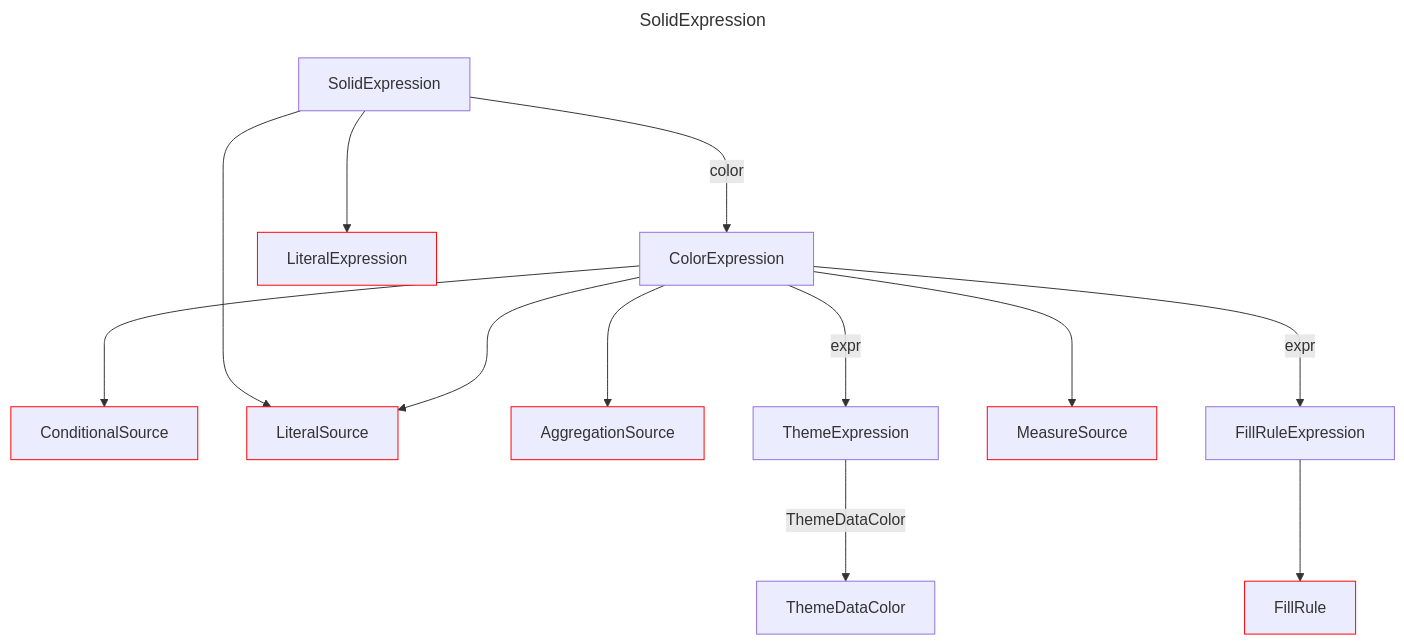
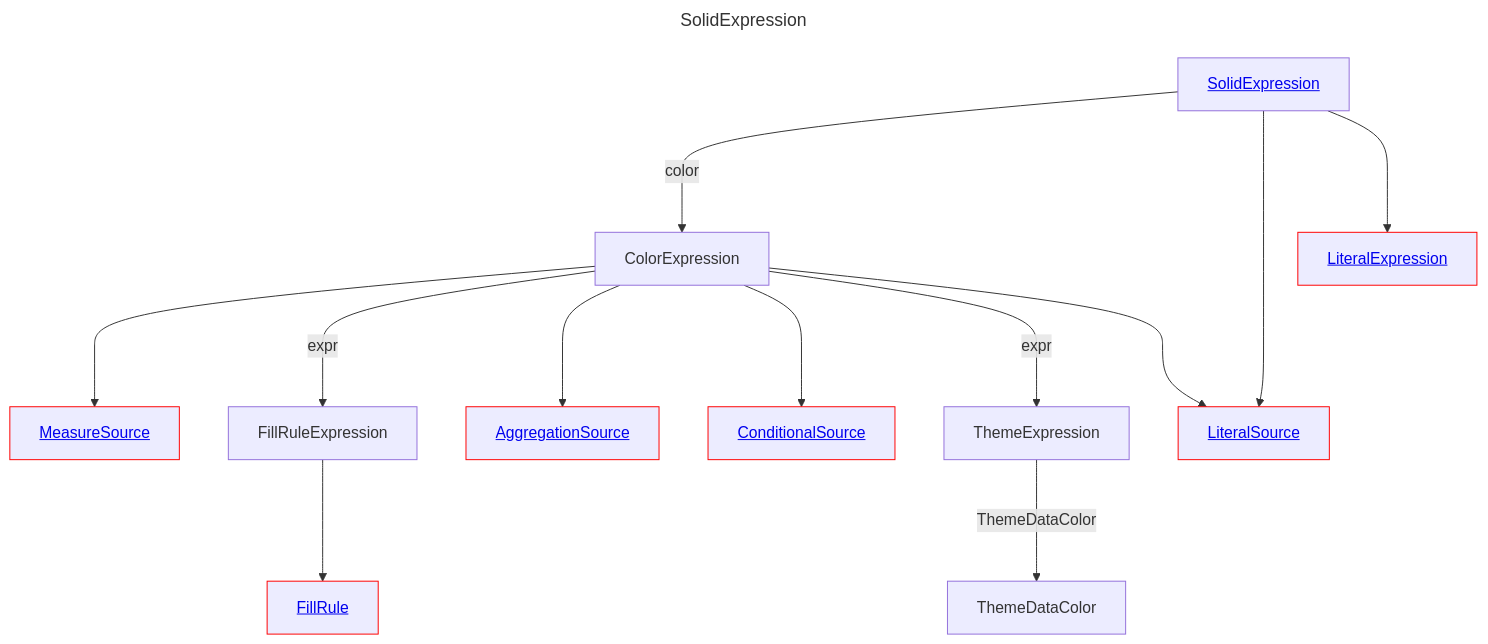
The diagram in docs/docs/layout/erd/SolidExpression.md (douglassimonsen/pbi_core), drawn with Mermaid before and after one commit. The commit also changed 76 other files, not shown here.

````diff
--- a/docs/docs/layout/erd/SolidExpression.md
+++ b/docs/docs/layout/erd/SolidExpression.md
@@ -1,34 +1,34 @@
 ```mermaid
 ---
 title: SolidExpression
 ---
 graph 
-2430071903648["ConditionalSource"]
-style 2430071903648 stroke:#ff0000,stroke-width:1px
-2430071898768["ColorExpression"]
-2430071896816["SolidExpression"]
-2430071895840["FillRule"]
-style 2430071895840 stroke:#ff0000,stroke-width:1px
-2430071816784["LiteralSource"]
-style 2430071816784 stroke:#ff0000,stroke-width:1px
-2430071358016["AggregationSource"]
-style 2430071358016 stroke:#ff0000,stroke-width:1px
-2430071892912["ThemeExpression"]
-2430071359968["MeasureSource"]
-style 2430071359968 stroke:#ff0000,stroke-width:1px
-2430071897792["ThemeDataColor"]
-2430071887056["LiteralExpression"]
-style 2430071887056 stroke:#ff0000,stroke-width:1px
-2430071890960["FillRuleExpression"]
-2430071898768 ---> 2430071903648
-2430071898768 ---> 2430071358016
-2430071898768 ---> 2430071359968
-2430071892912 --->|ThemeDataColor| 2430071897792
-2430071896816 ---> 2430071816784
-2430071898768 --->|expr| 2430071892912
-2430071896816 --->|color| 2430071898768
-2430071890960 ---> 2430071895840
-2430071898768 --->|expr| 2430071890960
-2430071898768 ---> 2430071816784
-2430071896816 ---> 2430071887056
+AggregationSource[<a href='/layout/erd/AggregationSource'>AggregationSource</a>]
+style AggregationSource stroke:#ff0000,stroke-width:1px
+ColorExpression[ColorExpression]
+ConditionalSource[<a href='/layout/erd/ConditionalSource'>ConditionalSource</a>]
+style ConditionalSource stroke:#ff0000,stroke-width:1px
+FillRule[<a href='/layout/erd/FillRule'>FillRule</a>]
+style FillRule stroke:#ff0000,stroke-width:1px
+FillRuleExpression[FillRuleExpression]
+LiteralExpression[<a href='/layout/erd/LiteralExpression'>LiteralExpression</a>]
+style LiteralExpression stroke:#ff0000,stroke-width:1px
+LiteralSource[<a href='/layout/erd/LiteralSource'>LiteralSource</a>]
+style LiteralSource stroke:#ff0000,stroke-width:1px
+MeasureSource[<a href='/layout/erd/MeasureSource'>MeasureSource</a>]
+style MeasureSource stroke:#ff0000,stroke-width:1px
+SolidExpression[<a href='/layout/erd/SolidExpression'>SolidExpression</a>]
+ThemeDataColor[ThemeDataColor]
+ThemeExpression[ThemeExpression]
+FillRuleExpression ---> FillRule
+ColorExpression ---> MeasureSource
+SolidExpression --->|color| ColorExpression
+ColorExpression --->|expr| FillRuleExpression
+ColorExpression ---> AggregationSource
+ColorExpression ---> ConditionalSource
+SolidExpression ---> LiteralSource
+ColorExpression --->|expr| ThemeExpression
+ThemeExpression --->|ThemeDataColor| ThemeDataColor
+SolidExpression ---> LiteralExpression
+ColorExpression ---> LiteralSource
 ```
````
